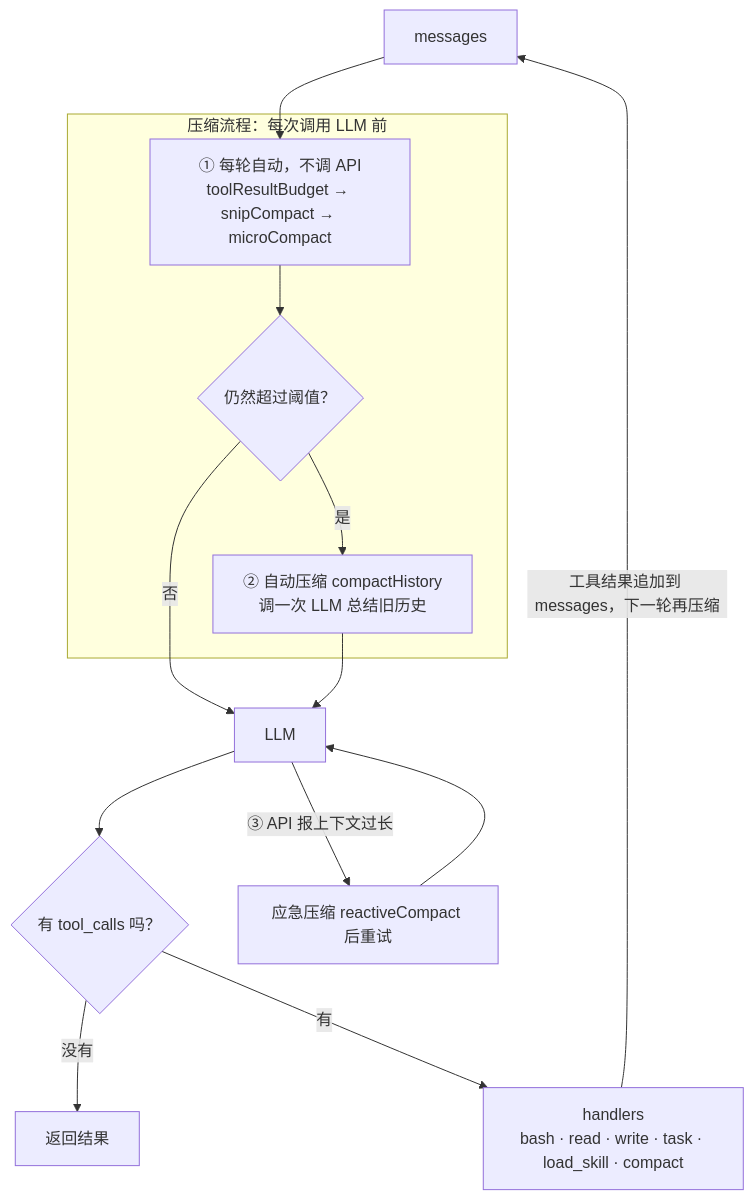
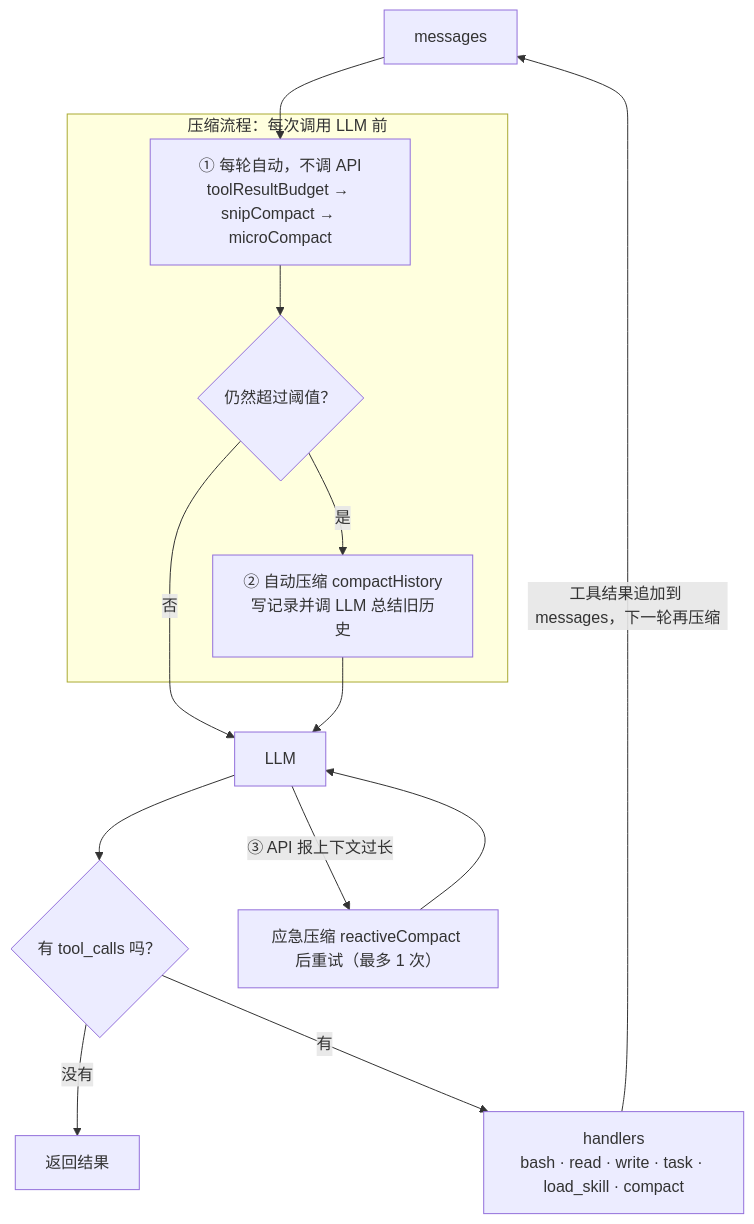
Before and after one commit to shengxinjing/build-your-agent: the first of 5 diagrams in code-agent-course/s08-context-compact.md, drawn with Mermaid. The commit also changed other lines of this file and 13 other files, not shown here.

````diff
--- a/code-agent-course/s08-context-compact.md
+++ b/code-agent-course/s08-context-compact.md
@@ -24,16 +15,16 @@
 ```mermaid
 flowchart TD
   M["messages"] --> P
   subgraph PIPE["压缩流程：每次调用 LLM 前"]
     P["① 每轮自动，不调 API<br/>toolResultBudget → snipCompact → microCompact"] --> Q{"仍然超过阈值？"}
-    Q -->|是| AC["② 自动压缩 compactHistory<br/>调一次 LLM 总结旧历史"]
+    Q -->|是| AC["② 自动压缩 compactHistory<br/>写记录并调 LLM 总结旧历史"]
   end
   Q -->|否| L["LLM"]
   AC --> L
   L --> T{"有 tool_calls 吗？"}
   T -->|没有| R["返回结果"]
   T -->|有| H["handlers<br/>bash · read · write · task · load_skill · compact"]
   H -->|工具结果追加到 messages，下一轮再压缩| M
-  L -->|③ API 报上下文过长| RC["应急压缩 reactiveCompact 后重试"]
+  L -->|③ API 报上下文过长| RC["应急压缩 reactiveCompact 后重试（最多 1 次）"]
   RC --> L
 ```
````
